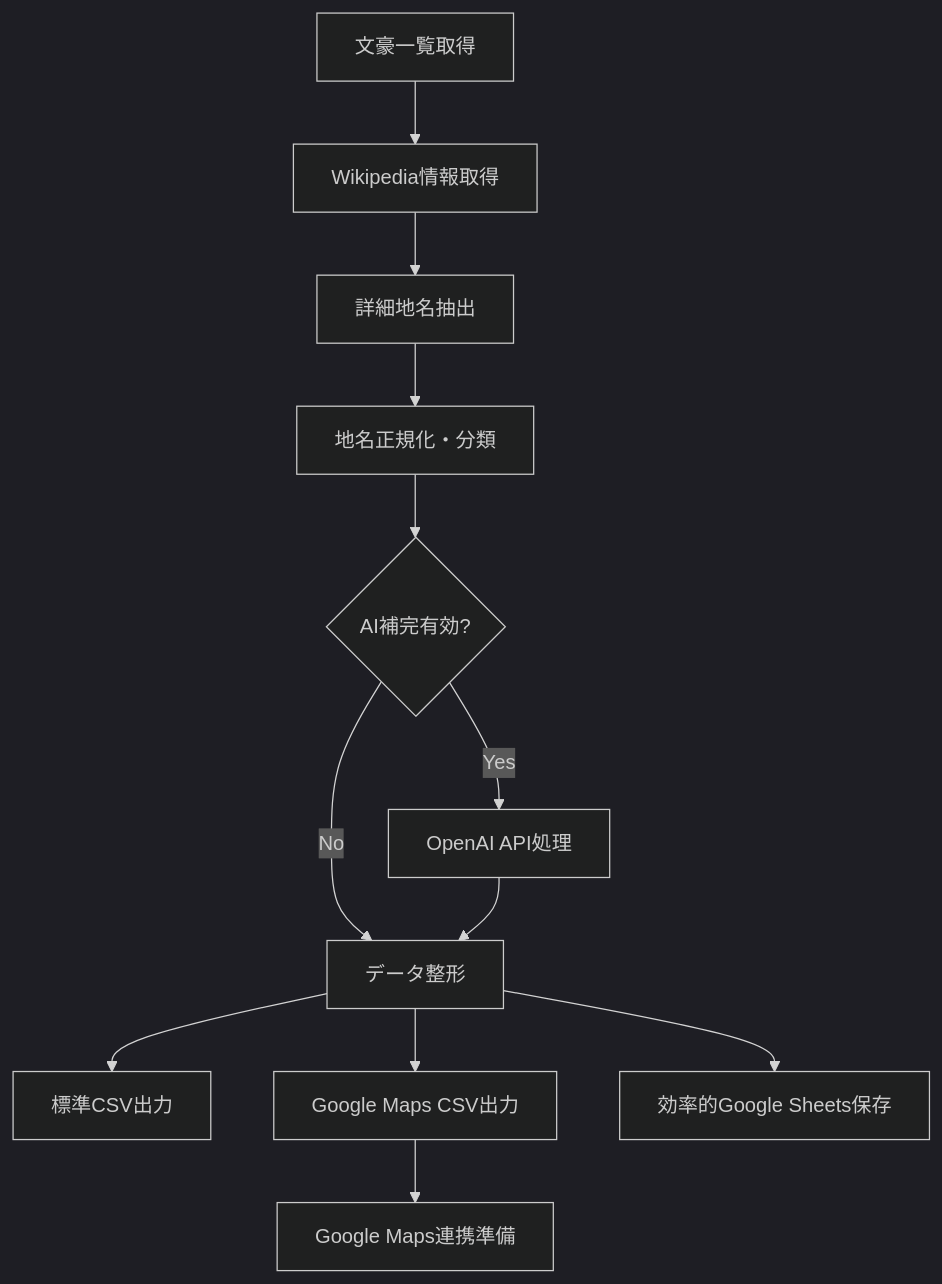
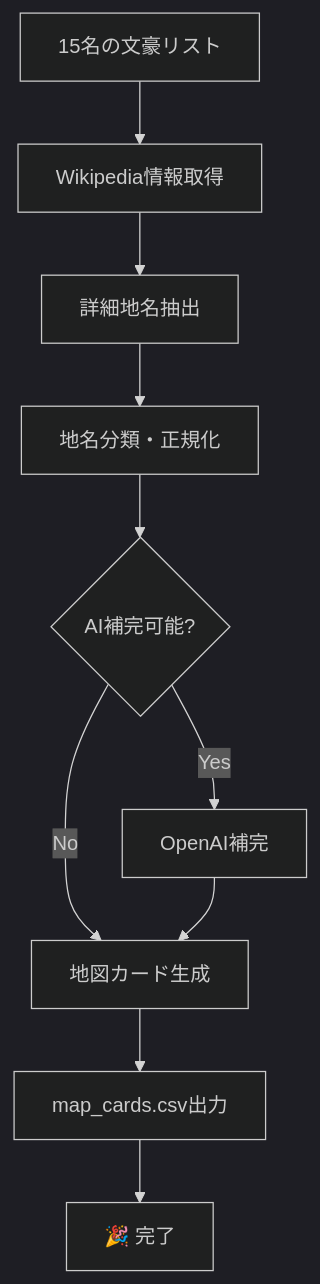
One commit to m37335/bungo_project changed the diagram in README.md. Above: the diagram before and after it, drawn with Mermaid (dark theme). The commit also changed other lines of this file and 10 other files, not shown here.

Commit message:
🚀 地図カード生成システム（スリム版）リリース - 72%軽量化・地図表示特化・150枚カード生成対応

````diff
--- a/README.md
+++ b/README.md
@@ -192,14 +115,12 @@
 ```mermaid
 graph TD
-    A[文豪一覧取得] --> B[Wikipedia情報取得]
+    A[15名の文豪リスト] --> B[Wikipedia情報取得]
     B --> C[詳細地名抽出]
-    C --> D[地名正規化・分類]
-    D --> E{AI補完有効?}
-    E -->|Yes| F[OpenAI API処理]
-    E -->|No| G[データ整形]
+    C --> D[地名分類・正規化]
+    D --> E{AI補完可能?}
+    E -->|Yes| F[OpenAI補完]
+    E -->|No| G[地図カード生成]
     F --> G
-    G --> H[標準CSV出力]
-    G --> I[Google Maps CSV出力]
-    G --> J[効率的Google Sheets保存]
-    I --> K[Google Maps連携準備]
+    G --> H[map_cards.csv出力]
+    H --> I[🎉 完了]
 ```
````
